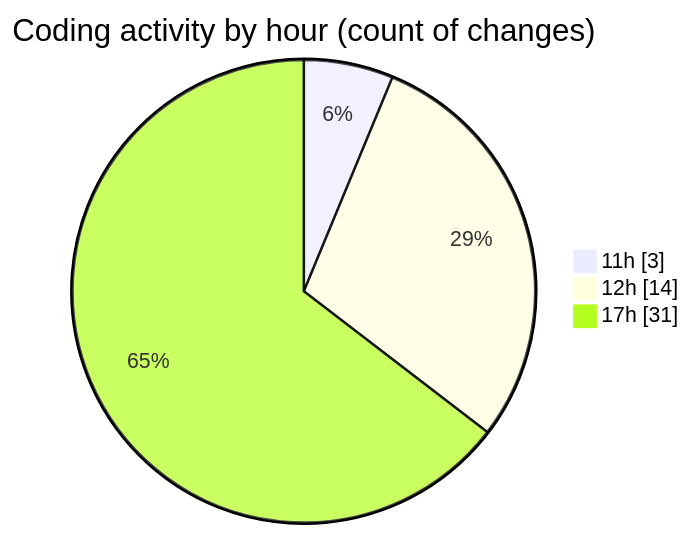
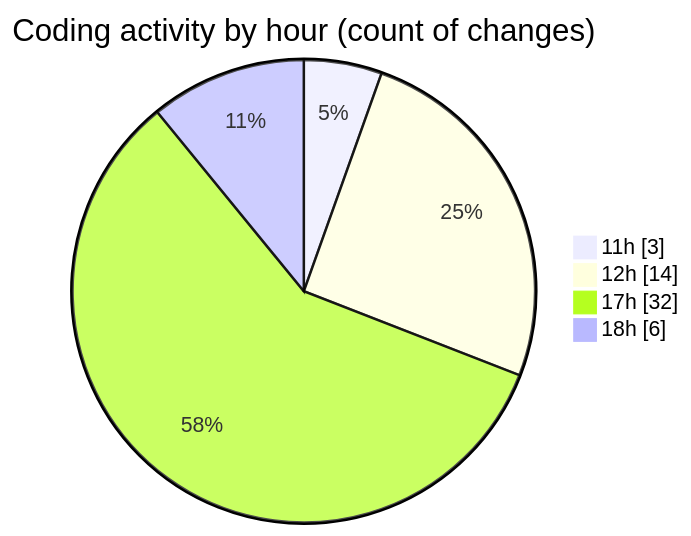
One commit to momahboobian/code-tracking changed the second of 2 diagrams in 2025-05-15/news-clock-system-caspercg/README.md. Above: the diagram before and after it, drawn with Mermaid. The commit also changed other lines of this file and 1 other file, not shown here.

````diff
--- a/2025-05-15/news-clock-system-caspercg/README.md
+++ b/2025-05-15/news-clock-system-caspercg/README.md
@@ -39,7 +40,8 @@
 ```mermaid
 pie showData
 title Coding activity by hour (count of changes)
 "11h" : 3
 "12h" : 14
-"17h" : 31
+"17h" : 32
+"18h" : 6
 ```
````
